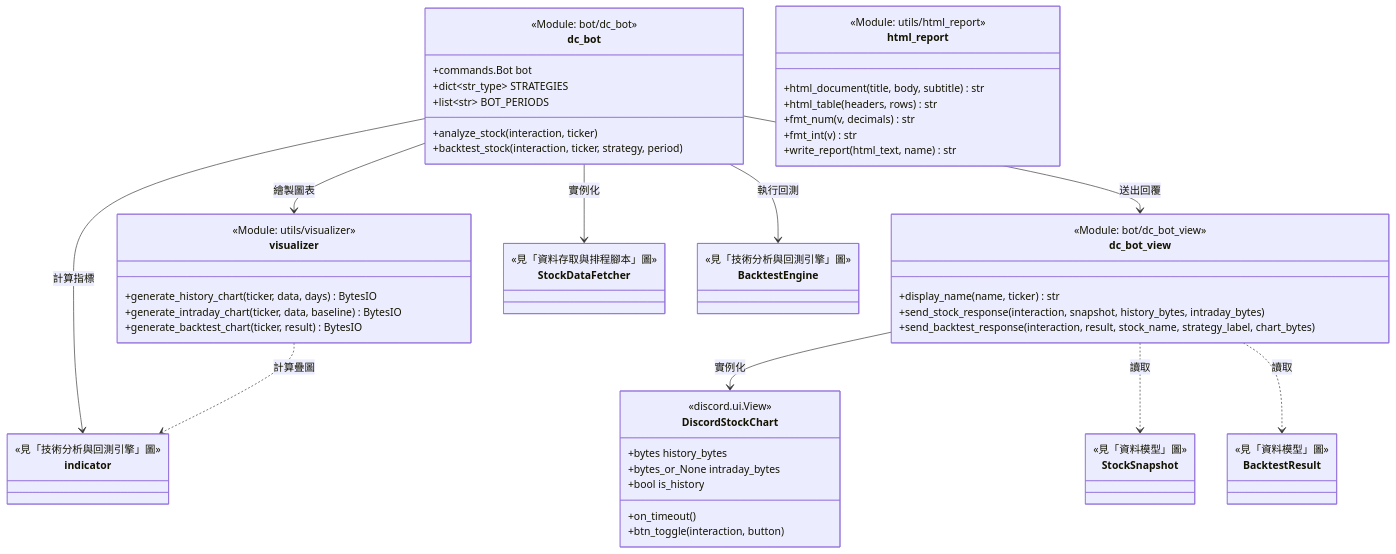
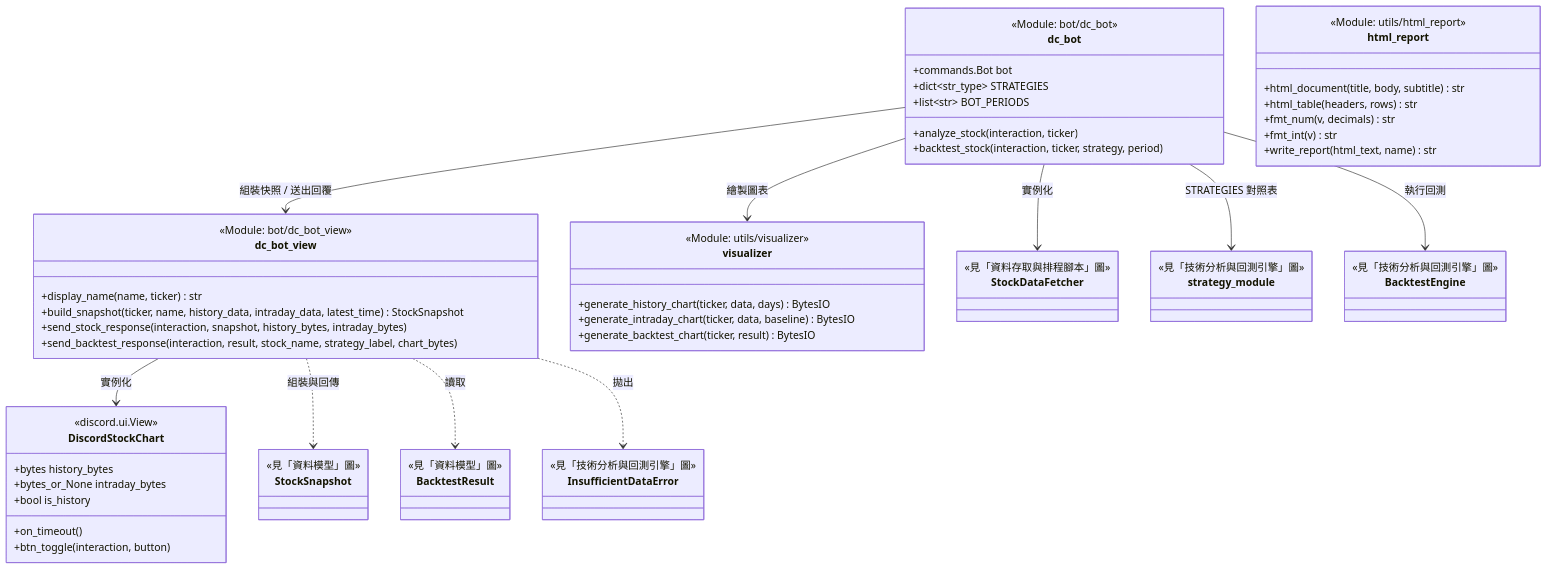
The fourth of 7 diagrams in docs/UML.md (JialaChang/Discord-Stock-Bot), drawn with Mermaid before and after one commit. The commit also changed other lines of this file and 16 other files, not shown here.

````diff
--- a/docs/UML.md
+++ b/docs/UML.md
@@ -172,71 +277,75 @@
 ```mermaid
 classDiagram
     direction TB
 
     class dc_bot {
         <<Module: bot/dc_bot>>
         +commands.Bot bot
         +dict~str_type~ STRATEGIES
         +list~str~ BOT_PERIODS
         +analyze_stock(interaction, ticker)
         +backtest_stock(interaction, ticker, strategy, period)
     }
 
     class dc_bot_view {
         <<Module: bot/dc_bot_view>>
         +display_name(name, ticker) str
+        +build_snapshot(ticker, name, history_data, intraday_data, latest_time) StockSnapshot
         +send_stock_response(interaction, snapshot, history_bytes, intraday_bytes)
         +send_backtest_response(interaction, result, stock_name, strategy_label, chart_bytes)
     }
 
     class DiscordStockChart {
         <<discord.ui.View>>
         +bytes history_bytes
         +bytes_or_None intraday_bytes
         +bool is_history
         +on_timeout()
         +btn_toggle(interaction, button)
     }
 
     class visualizer {
         <<Module: utils/visualizer>>
         +generate_history_chart(ticker, data, days) BytesIO
         +generate_intraday_chart(ticker, data, baseline) BytesIO
         +generate_backtest_chart(ticker, result) BytesIO
     }
 
     class html_report {
         <<Module: utils/html_report>>
         +html_document(title, body, subtitle) str
         +html_table(headers, rows) str
         +fmt_num(v, decimals) str
         +fmt_int(v) str
         +write_report(html_text, name) str
     }
 
     class StockDataFetcher {
         <<見「資料存取與排程腳本」圖>>
     }
-    class indicator {
+    class strategy_module {
         <<見「技術分析與回測引擎」圖>>
     }
     class BacktestEngine {
+        <<見「技術分析與回測引擎」圖>>
+    }
+    class InsufficientDataError {
         <<見「技術分析與回測引擎」圖>>
     }
     class StockSnapshot {
         <<見「資料模型」圖>>
     }
     class BacktestResult {
         <<見「資料模型」圖>>
     }
 
     dc_bot --> StockDataFetcher : 實例化
-    dc_bot --> indicator : 計算指標
     dc_bot --> visualizer : 繪製圖表
-    dc_bot --> dc_bot_view : 送出回覆
+    dc_bot --> dc_bot_view : 組裝快照 / 送出回覆
     dc_bot --> BacktestEngine : 執行回測
+    dc_bot --> strategy_module : STRATEGIES 對照表
     dc_bot_view --> DiscordStockChart : 實例化
-    dc_bot_view ..> StockSnapshot : 讀取
+    dc_bot_view ..> StockSnapshot : 組裝與回傳
     dc_bot_view ..> BacktestResult : 讀取
-    visualizer ..> indicator : 計算疊圖
+    dc_bot_view ..> InsufficientDataError : 拋出
 ```
````
